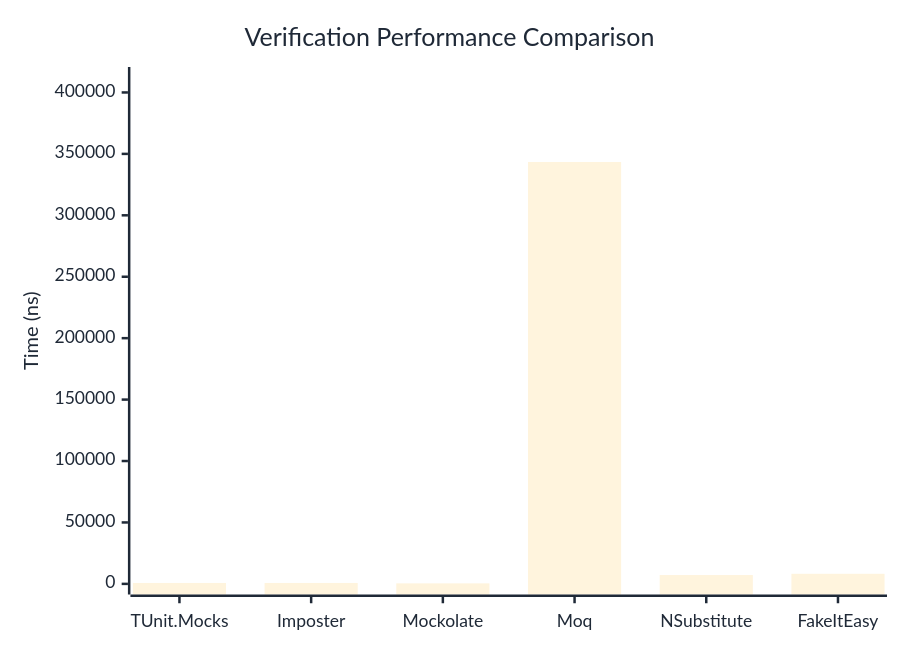
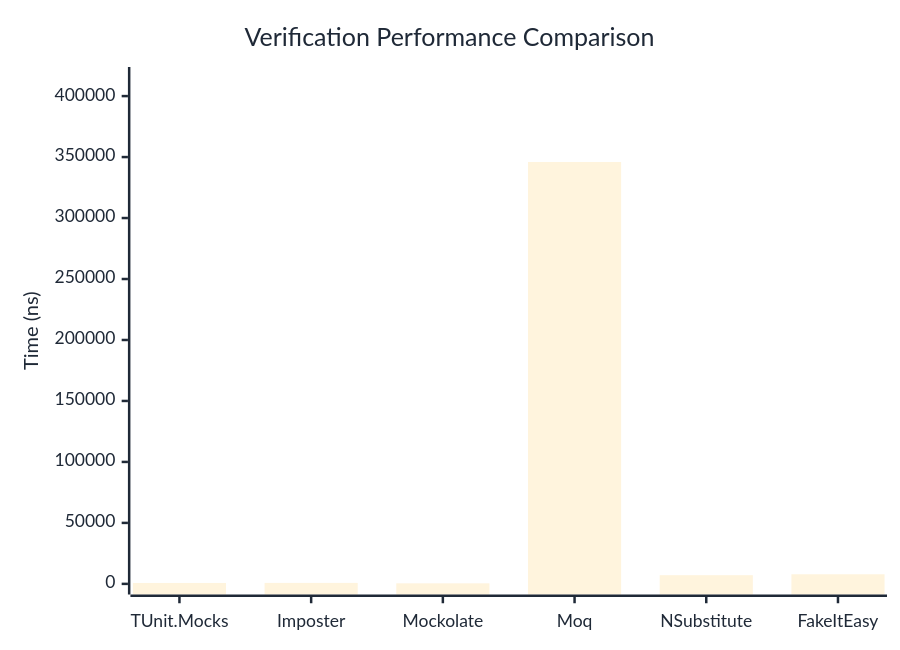
Before and after one commit to thomhurst/TUnit: the first of 3 diagrams in docs/docs/benchmarks/mocks/Verification.md, drawn with Mermaid. The commit also changed other lines of this file and 14 other files, not shown here.

````diff
--- a/docs/docs/benchmarks/mocks/Verification.md
+++ b/docs/docs/benchmarks/mocks/Verification.md
@@ -30,27 +30,27 @@
 ```mermaid
 %%{init: {
   'theme':'base',
   'themeVariables': {
     'primaryColor': '#2563eb',
     'primaryTextColor': '#1f2937',
     'primaryBorderColor': '#1e40af',
     'lineColor': '#6b7280',
     'secondaryColor': '#7c3aed',
     'tertiaryColor': '#dc2626',
     'background': '#ffffff',
     'pie1': '#2563eb',
     'pie2': '#7c3aed',
     'pie3': '#dc2626',
     'pie4': '#f59e0b',
     'pie5': '#10b981',
     'pie6': '#06b6d4',
     'pie7': '#ec4899',
     'pie8': '#6366f1'
   }
 }}%%
 xychart-beta
   title "Verification Performance Comparison"
   x-axis ["TUnit.Mocks", "Imposter", "Mockolate", "Moq", "NSubstitute", "FakeItEasy"]
-  y-axis "Time (ns)" 0 --> 412073
-  bar [752.08, 733.43, 425.97, 343393.64, 7194.98, 8201.11]
+  y-axis "Time (ns)" 0 --> 415137
+  bar [757.23, 793.31, 455.6, 345947.46, 7113.51, 7883.26]
 ```
````
